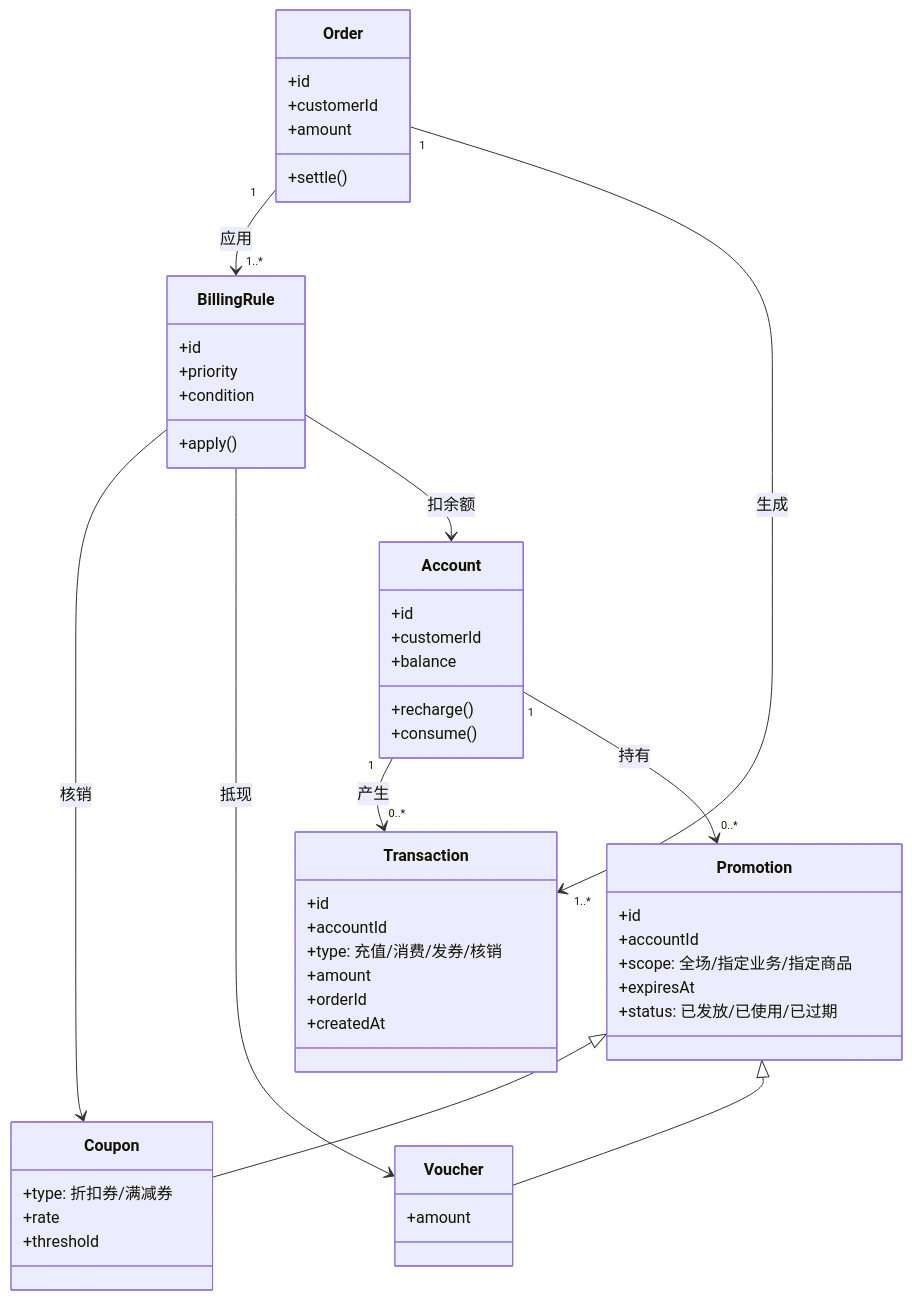
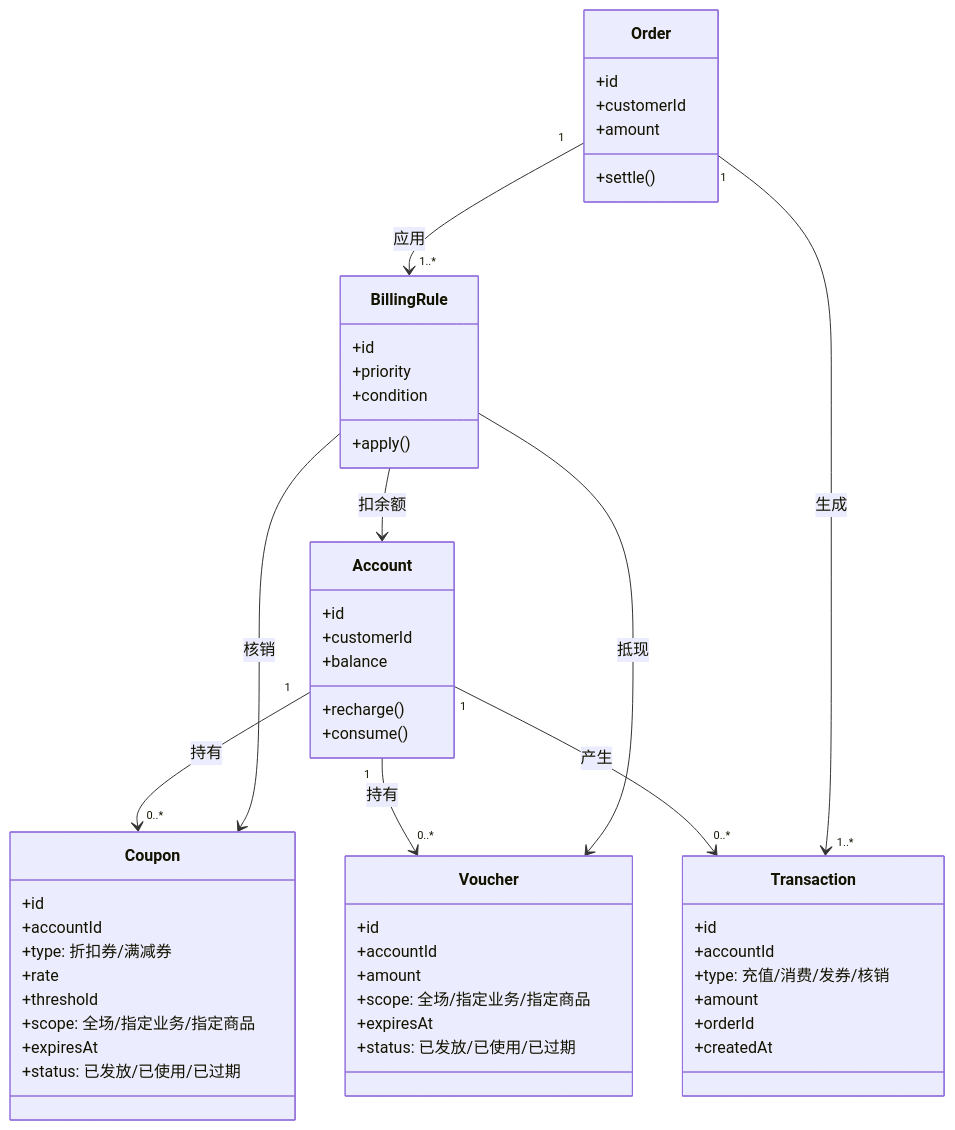
One commit to quanttide/quanttide-insight-of-payment-engineering changed the first of 2 diagrams in model.md. Above: the diagram before and after it, drawn with Mermaid. The commit also changed other lines of this file and 1 other file, not shown here.

Commit message:
优惠券与代金券独立建模,取消 Promotion 合并概念

````diff
--- a/model.md
+++ b/model.md
@@ -58,55 +64,57 @@
 ```mermaid
 classDiagram
     class Account {
         +id
         +customerId
         +balance
         +recharge()
         +consume()
     }
     class Transaction {
         +id
         +accountId
         +type: 充值/消费/发券/核销
         +amount
         +orderId
         +createdAt
     }
-    class Promotion {
+    class Coupon {
         +id
         +accountId
+        +type: 折扣券/满减券
+        +rate
+        +threshold
         +scope: 全场/指定业务/指定商品
         +expiresAt
         +status: 已发放/已使用/已过期
     }
-    class Coupon {
-        +type: 折扣券/满减券
-        +rate
-        +threshold
-    }
     class Voucher {
+        +id
+        +accountId
         +amount
+        +scope: 全场/指定业务/指定商品
+        +expiresAt
+        +status: 已发放/已使用/已过期
     }
     class BillingRule {
         +id
         +priority
         +condition
         +apply()
     }
     class Order {
         +id
         +customerId
         +amount
         +settle()
     }
 
-    Promotion <|-- Coupon
-    Promotion <|-- Voucher
     Account "1" --> "0..*" Transaction : 产生
-    Account "1" --> "0..*" Promotion : 持有
+    Account "1" --> "0..*" Coupon : 持有
+    Account "1" --> "0..*" Voucher : 持有
     Order "1" --> "1..*" BillingRule : 应用
     BillingRule --> Coupon : 核销
     BillingRule --> Voucher : 抵现
     BillingRule --> Account : 扣余额
     Order "1" --> "1..*" Transaction : 生成
 ```
````
